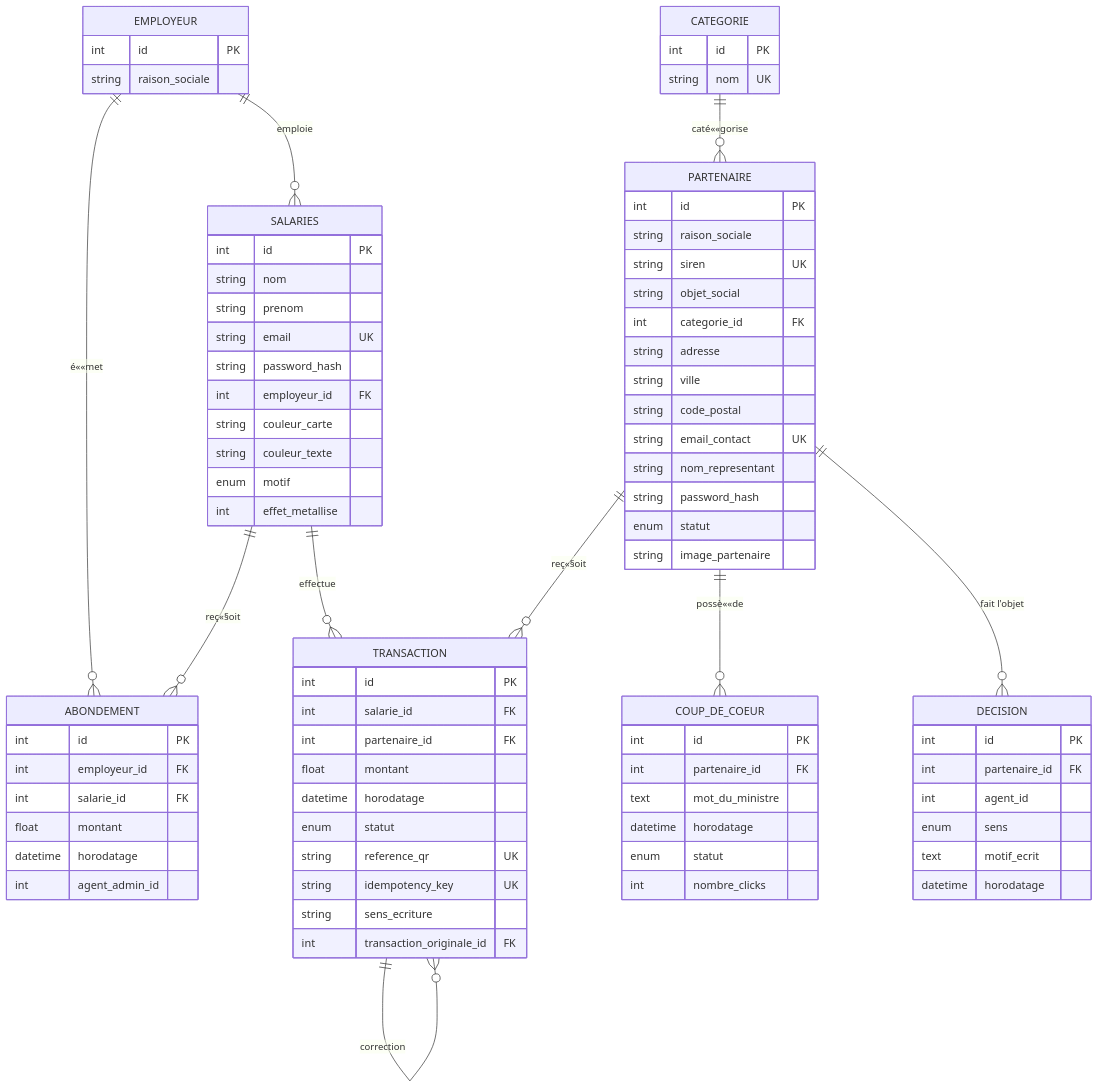
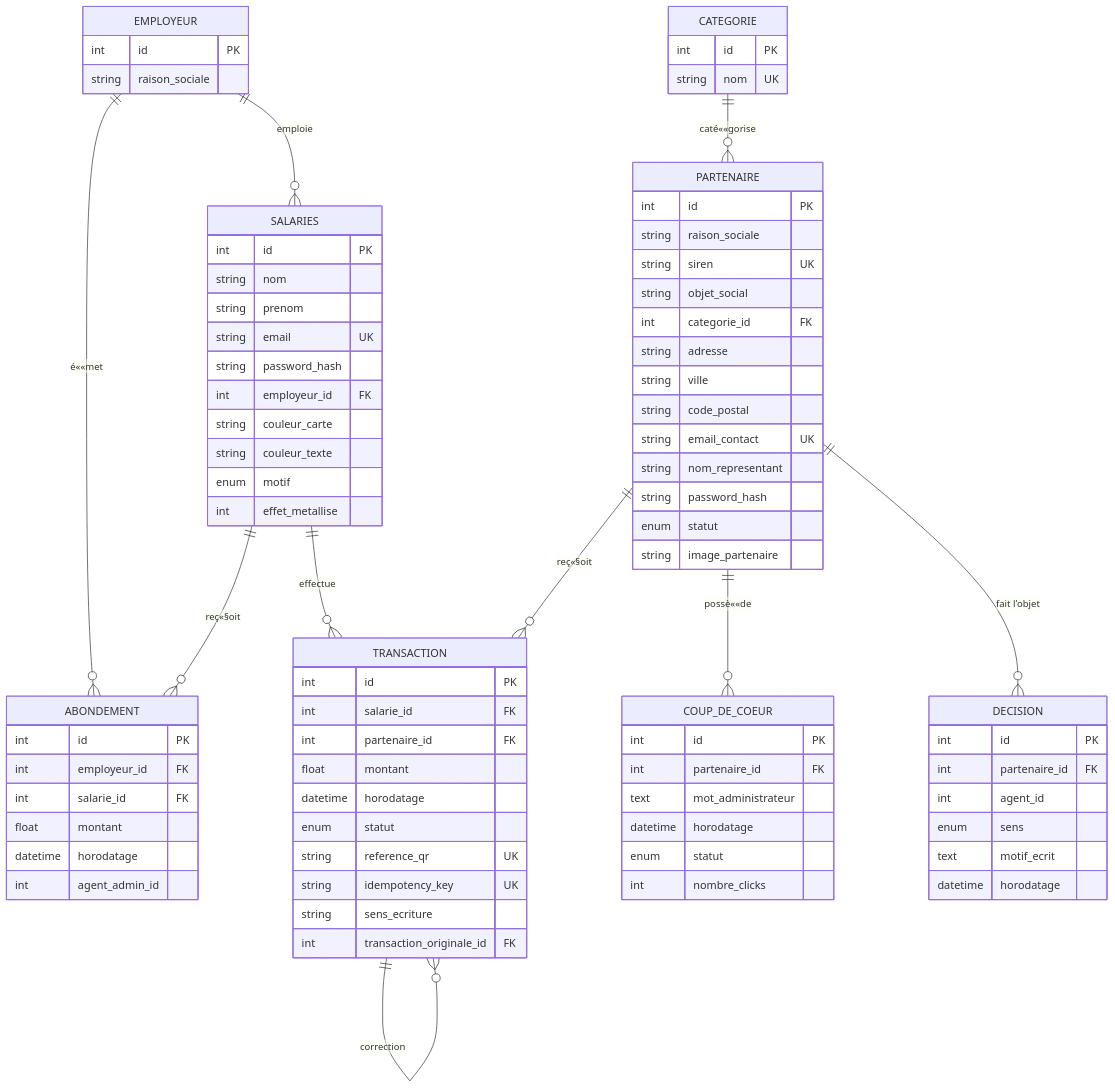
Before and after one commit to Eukyrios/CartePro: the diagram in backend/db_visual/db.mmd, drawn with Mermaid. The commit also changed 35 other files, not shown here.

```diff
--- a/backend/db_visual/db.mmd
+++ b/backend/db_visual/db.mmd
@@ -1,89 +1,89 @@
 erDiagram
     EMPLOYEUR ||--o{ SALARIES : "emploie"
     EMPLOYEUR ||--o{ ABONDEMENT : "é««met"
     SALARIES ||--o{ TRANSACTION : "effectue"
     SALARIES ||--o{ ABONDEMENT : "reç«§oit"
     PARTENAIRE ||--o{ TRANSACTION : "reç«§oit"
     PARTENAIRE ||--o{ COUP_DE_COEUR : "possè««de"
     PARTENAIRE ||--o{ DECISION : "fait l'objet"
     CATEGORIE ||--o{ PARTENAIRE : "caté««gorise"
     TRANSACTION ||--o{ TRANSACTION : "correction"
 
     EMPLOYEUR {
         int id PK
         string raison_sociale
     }
 
     SALARIES {
         int id PK
         string nom
         string prenom
         string email UK
         string password_hash
         int employeur_id FK
         string couleur_carte
         string couleur_texte
         enum motif
         int effet_metallise
     }
 
     PARTENAIRE {
         int id PK
         string raison_sociale
         string siren UK
         string objet_social
         int categorie_id FK
         string adresse
         string ville
         string code_postal
         string email_contact UK
         string nom_representant
         string password_hash
         enum statut
         string image_partenaire
     }
 
     CATEGORIE {
         int id PK
         string nom UK
     }
 
     TRANSACTION {
         int id PK
         int salarie_id FK
         int partenaire_id FK
         float montant
         datetime horodatage
         enum statut
         string reference_qr UK
         string idempotency_key UK
         string sens_ecriture
         int transaction_originale_id FK
     }
 
     ABONDEMENT {
         int id PK
         int employeur_id FK
         int salarie_id FK
         float montant
         datetime horodatage
         int agent_admin_id
     }
 
     COUP_DE_COEUR {
         int id PK
         int partenaire_id FK
-        text mot_du_ministre
+        text mot_administrateur
         datetime horodatage
         enum statut
         int nombre_clicks
     }
 
     DECISION {
         int id PK
         int partenaire_id FK
         int agent_id
         enum sens
         text motif_ecrit
         datetime horodatage
     }
```
